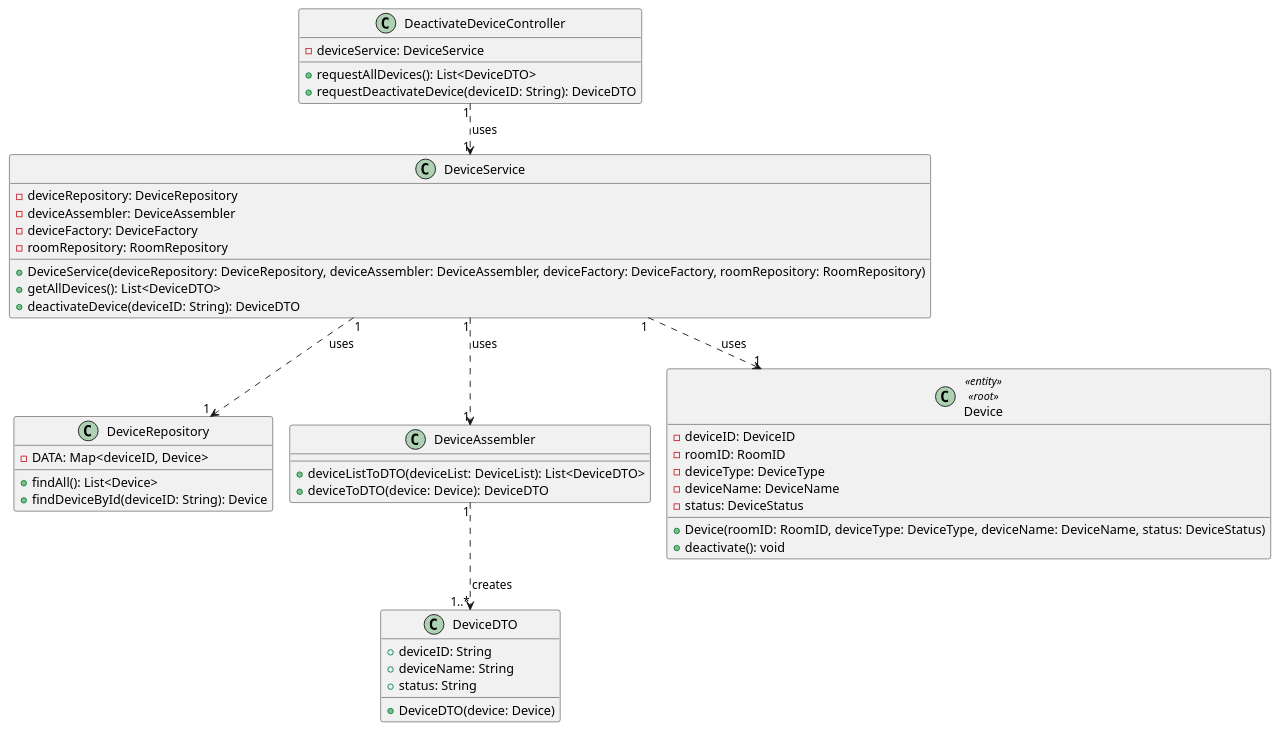
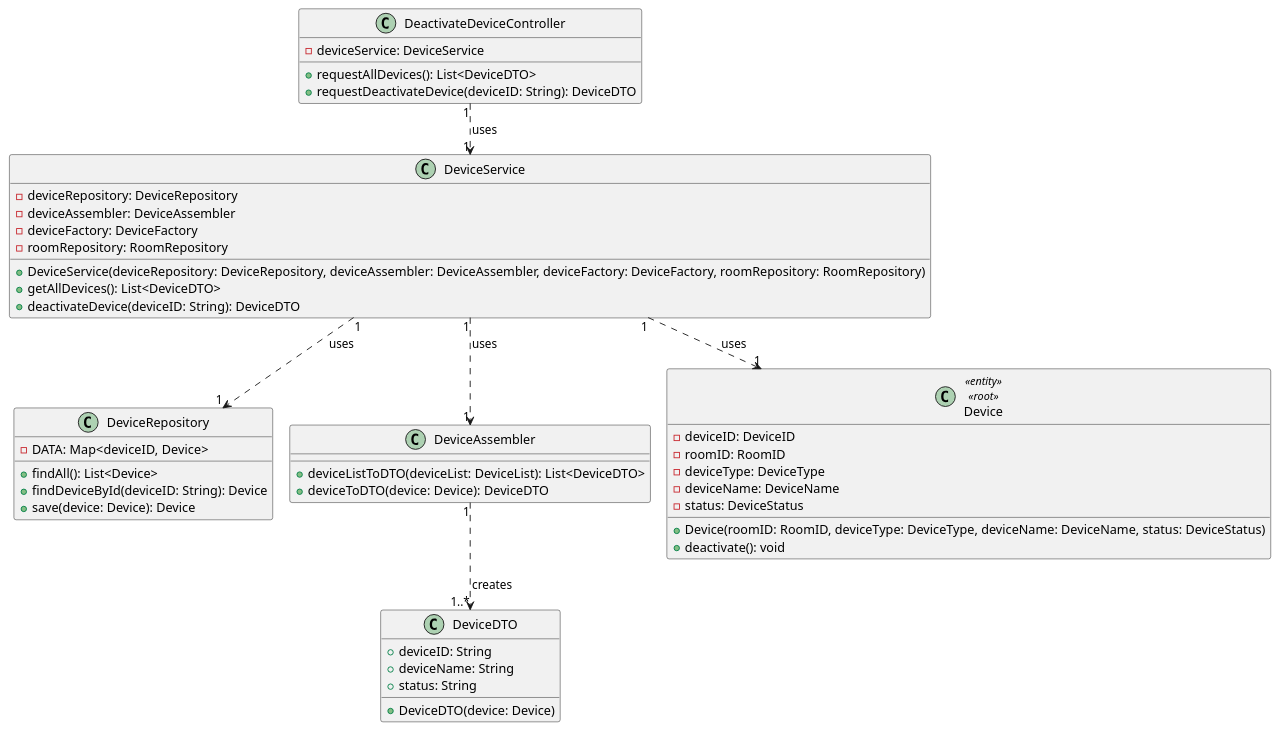
One commit to olivDiogo/SmartHome changed the diagram in docs/ood/classDiagram/US08DeactivateDevice.puml. Above: the diagram before and after it, drawn with PlantUML.

Commit message:
Update: add save method US08 CD, closes #105

```diff
--- a/docs/ood/classDiagram/US08DeactivateDevice.puml
+++ b/docs/ood/classDiagram/US08DeactivateDevice.puml
@@ -1,58 +1,59 @@
 @startuml
 'https://plantuml.com/class-diagram
 
 !pragma layout smetana
 !pragma scale 100 width
 !pragma useVerticalIfPossible
 
 class DeactivateDeviceController {
     -deviceService: DeviceService
     +requestAllDevices(): List<DeviceDTO>
     +requestDeactivateDevice(deviceID: String): DeviceDTO
 }
 
 class DeviceService {
     -deviceRepository: DeviceRepository
     -deviceAssembler: DeviceAssembler
     -deviceFactory: DeviceFactory
     -roomRepository: RoomRepository
     +DeviceService(deviceRepository: DeviceRepository, deviceAssembler: DeviceAssembler, deviceFactory: DeviceFactory, roomRepository: RoomRepository)
     +getAllDevices(): List<DeviceDTO>
     +deactivateDevice(deviceID: String): DeviceDTO
 }
 
 class DeviceRepository {
     -DATA: Map<deviceID, Device>
     +findAll(): List<Device>
     +findDeviceById(deviceID: String): Device
+    +save(device: Device): Device
 }
 
 class DeviceAssembler {
     +deviceListToDTO(deviceList: DeviceList): List<DeviceDTO>
     +deviceToDTO(device: Device): DeviceDTO
 }
 
 
 class DeviceDTO {
     +deviceID: String
     + deviceName: String
     +status: String
     +DeviceDTO(device: Device)
 }
 
 class Device<<entity>><<root>> {
     -deviceID: DeviceID
     -roomID: RoomID
     -deviceType: DeviceType
     -deviceName: DeviceName
     -status: DeviceStatus
     +Device(roomID: RoomID, deviceType: DeviceType, deviceName: DeviceName, status: DeviceStatus)
     +deactivate(): void
 }
 
 DeactivateDeviceController "1" ..> "1" DeviceService: uses >
 DeviceService "1" ..> "1" DeviceRepository: uses >
 DeviceService "1" ..> "1" DeviceAssembler: uses >
 DeviceAssembler "1" ..> "1..*" DeviceDTO: creates >
 DeviceService "1" ..> "1" Device: uses
 @enduml
```
